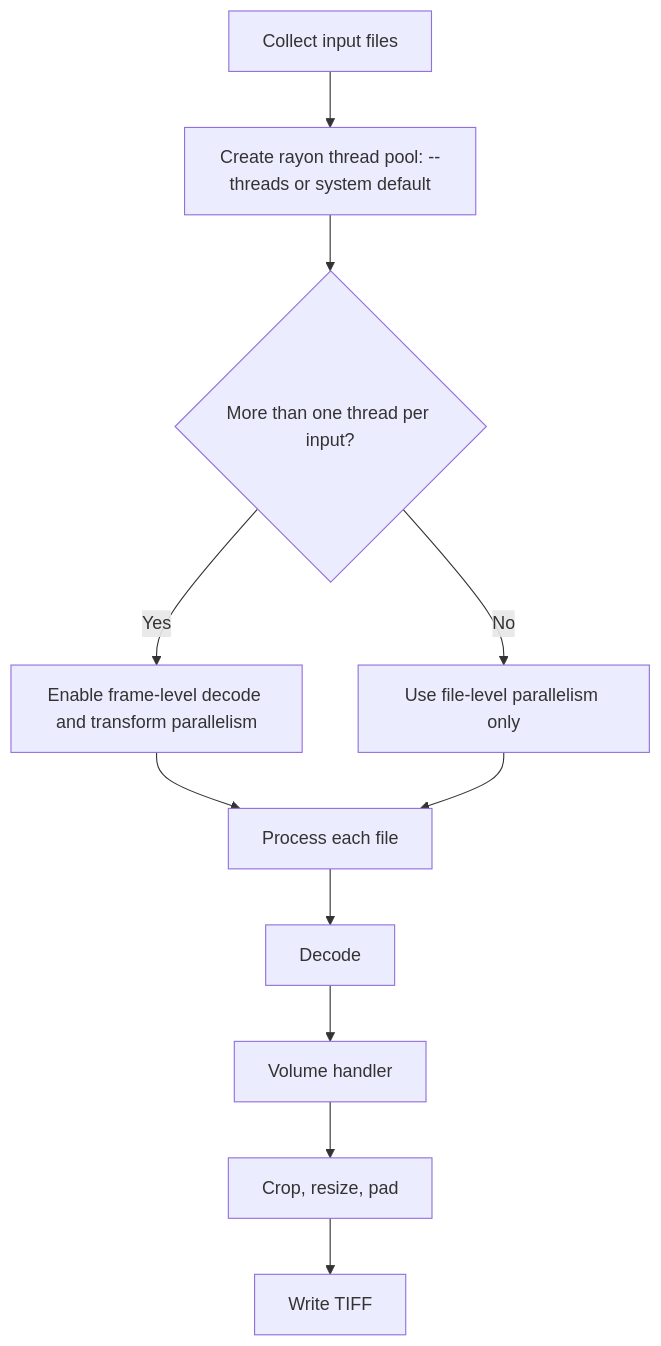
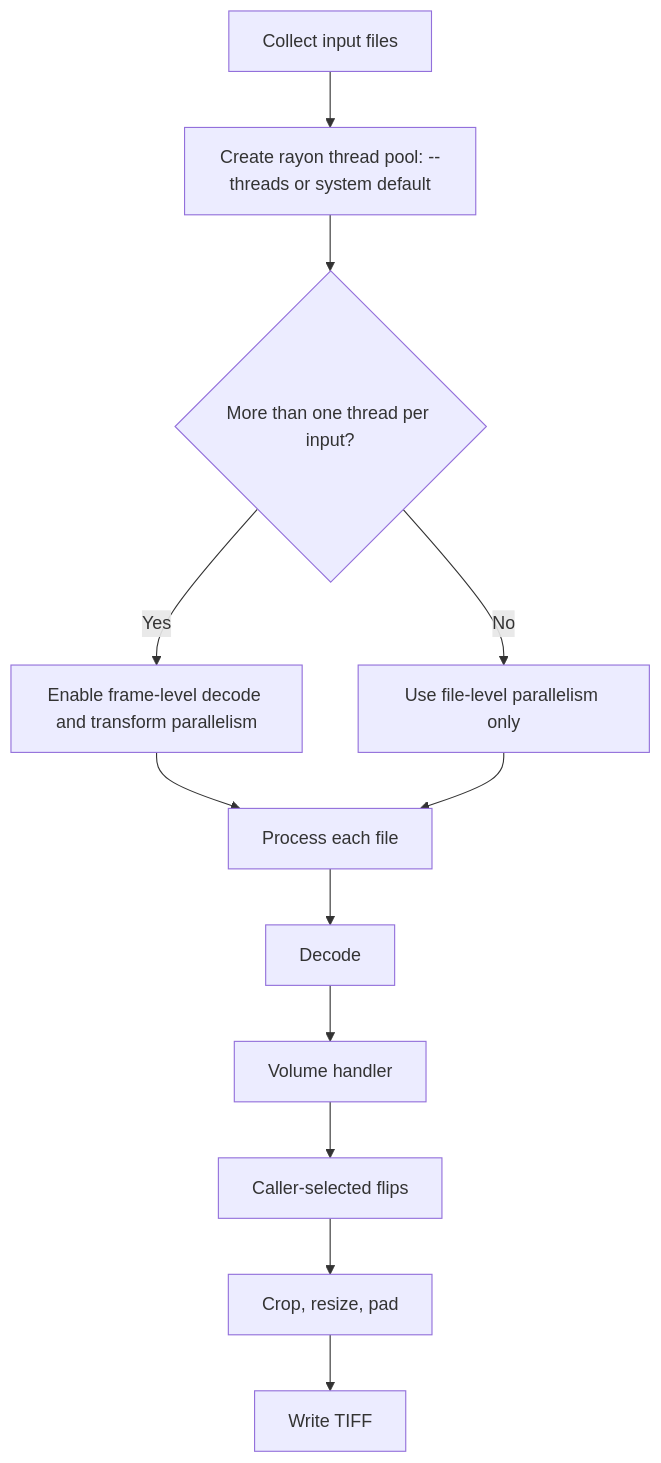
The diagram in README.md (medcognetics/dicom-preprocessing), drawn with Mermaid before and after one commit. The commit also changed other lines of this file and 19 other files, not shown here.

````diff
--- a/README.md
+++ b/README.md
@@ -39,13 +41,14 @@
 ```mermaid
 flowchart TD
     A["Collect input files"] --> B["Create rayon thread pool: --threads or system default"]
     B --> C{"More than one thread per input?"}
     C -->|Yes| D["Enable frame-level decode and transform parallelism"]
     C -->|No| E["Use file-level parallelism only"]
     D --> F["Process each file"]
     E --> F
     F --> G["Decode"]
     G --> H["Volume handler"]
-    H --> I["Crop, resize, pad"]
-    I --> J["Write TIFF"]
+    H --> I["Caller-selected flips"]
+    I --> J["Crop, resize, pad"]
+    J --> K["Write TIFF"]
 ```
````
